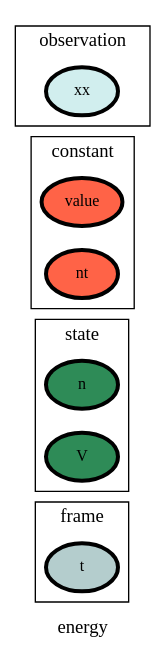
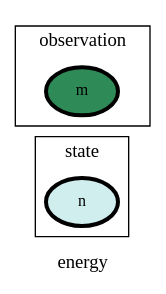
One commit to heinz-preisig/processes_distributed_no_interface_eqs changed the diagram in ontology_graphs/graph__energy.dot. Above: the diagram before and after it, drawn with Graphviz. The commit also changed 86 other files, not shown here.

```diff
--- a/ontology_graphs/graph__energy.dot
+++ b/ontology_graphs/graph__energy.dot
@@ -1,85 +1,81 @@
 digraph energy {
 label=energy;
 rankdir=LR;
 subgraph cluster_energy___transport {
 label=transport;
 rankdir=LR;
 }
 
 subgraph cluster_energy___geometry {
 label=geometry;
 rankdir=LR;
 }
 
 subgraph cluster_energy___properties {
 label=properties;
 rankdir=LR;
 }
 
 subgraph cluster_energy___network {
 label=network;
 rankdir=LR;
 }
 
 subgraph cluster_energy___differenceOperator {
 label=differenceOperator;
 rankdir=LR;
 }
 
 subgraph cluster_energy___frame {
 label=frame;
 rankdir=LR;
-V_1 [fillcolor=lightcyan3, fontsize=12, label=t, penwidth=3, style=filled];
 }
 
 subgraph cluster_energy___state {
 label=state;
 rankdir=LR;
-V_2 [fillcolor=seagreen4, fontsize=12, label=n, penwidth=3, style=filled];
-V_3 [fillcolor=seagreen4, fontsize=12, label=V, penwidth=3, style=filled];
+V_1 [fillcolor=lightcyan2, fontsize=12, label=n, penwidth=3, style=filled];
 }
 
 subgraph cluster_energy___constant {
 label=constant;
 rankdir=LR;
-V_6 [fillcolor=tomato, fontsize=12, label=value, penwidth=3, style=filled];
-V_7 [fillcolor=tomato, fontsize=12, label=nt, penwidth=3, style=filled];
 }
 
 subgraph cluster_energy___effort {
 label=effort;
 rankdir=LR;
 }
 
 subgraph cluster_energy___secondaryState {
 label=secondaryState;
 rankdir=LR;
 }
 
 subgraph cluster_energy___conversion {
 label=conversion;
 rankdir=LR;
 }
 
 subgraph cluster_energy___diffState {
 label=diffState;
 rankdir=LR;
 }
 
 subgraph cluster_energy___internalTransport {
 label=internalTransport;
 rankdir=LR;
 }
 
 subgraph cluster_energy___controlInput {
 label=controlInput;
 rankdir=LR;
 }
 
 subgraph cluster_energy___observation {
 label=observation;
 rankdir=LR;
-V_9 [fillcolor=lightcyan2, fontsize=12, label=xx, penwidth=3, style=filled];
+V_2 [fillcolor=seagreen, fontsize=12, label=m, penwidth=3, style=filled];
 }
 
 }
```
